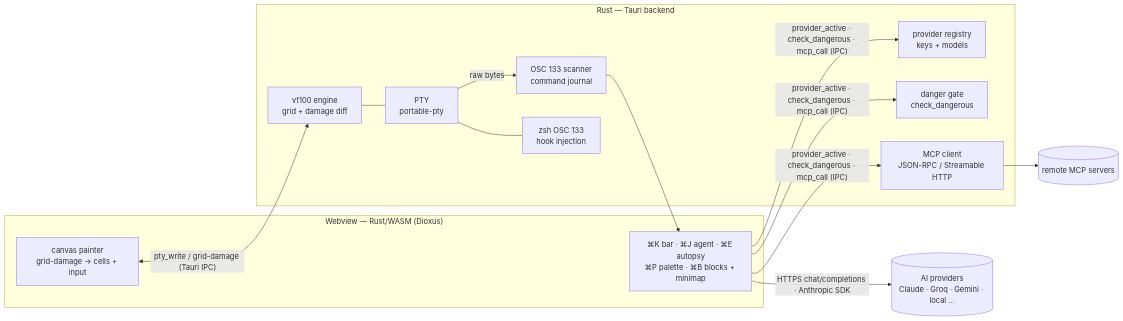
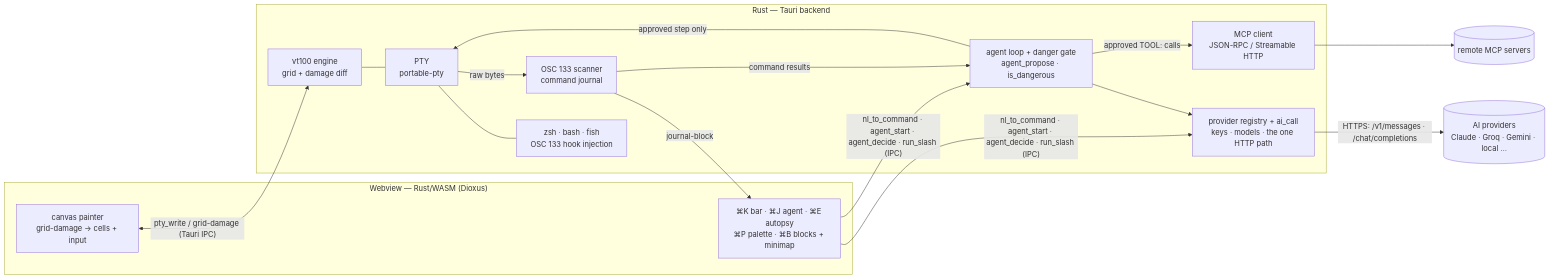
One commit to ayushap18/tachyon changed the diagram in README.md. Above: the diagram before and after it, drawn with Mermaid. The commit also changed other lines of this file and 11 other files, not shown here.

First line of the commit message:
Phase 2/3 docs + CI: Linux matrix, the danger-gate write-up, contributor docs

````diff
--- a/README.md
+++ b/README.md
@@ -50,24 +67,28 @@
 ```mermaid
 flowchart LR
   subgraph WV["Webview — Rust/WASM (Dioxus)"]
     XT["canvas painter<br/>grid-damage → cells + input"]
     UI["⌘K bar · ⌘J agent · ⌘E autopsy<br/>⌘P palette · ⌘B blocks + minimap"]
   end
   subgraph RS["Rust — Tauri backend"]
     PTY["PTY<br/>portable-pty"]
     ENG["vt100 engine<br/>grid + damage diff"]
     OSC["OSC 133 scanner<br/>command journal"]
-    INJ["zsh OSC 133<br/>hook injection"]
-    REG["provider registry<br/>keys + models"]
-    GATE["danger gate<br/>check_dangerous"]
+    INJ["zsh · bash · fish<br/>OSC 133 hook injection"]
+    REG["provider registry + ai_call<br/>keys · models · the one HTTP path"]
+    GATE["agent loop + danger gate<br/>agent_propose · is_dangerous"]
     MCP["MCP client<br/>JSON-RPC / Streamable HTTP"]
   end
   XT <-- "pty_write / grid-damage (Tauri IPC)" --> ENG
   ENG --- PTY
   PTY --- INJ
   PTY -- "raw bytes" --> OSC
-  OSC --> UI
-  UI -- "provider_active · check_dangerous · mcp_call (IPC)" --> REG & GATE & MCP
-  UI -- "HTTPS chat/completions · Anthropic SDK" --> EXT[("AI providers<br/>Claude · Groq · Gemini · local …")]
+  OSC -- "journal-block" --> UI
+  OSC -- "command results" --> GATE
+  UI -- "nl_to_command · agent_start · agent_decide · run_slash (IPC)" --> REG & GATE
+  GATE -- "approved step only" --> PTY
+  GATE --> REG
+  GATE -- "approved TOOL: calls" --> MCP
+  REG -- "HTTPS: /v1/messages · /chat/completions" --> EXT[("AI providers<br/>Claude · Groq · Gemini · local …")]
   MCP --> SRV[("remote MCP servers")]
 ```
````
